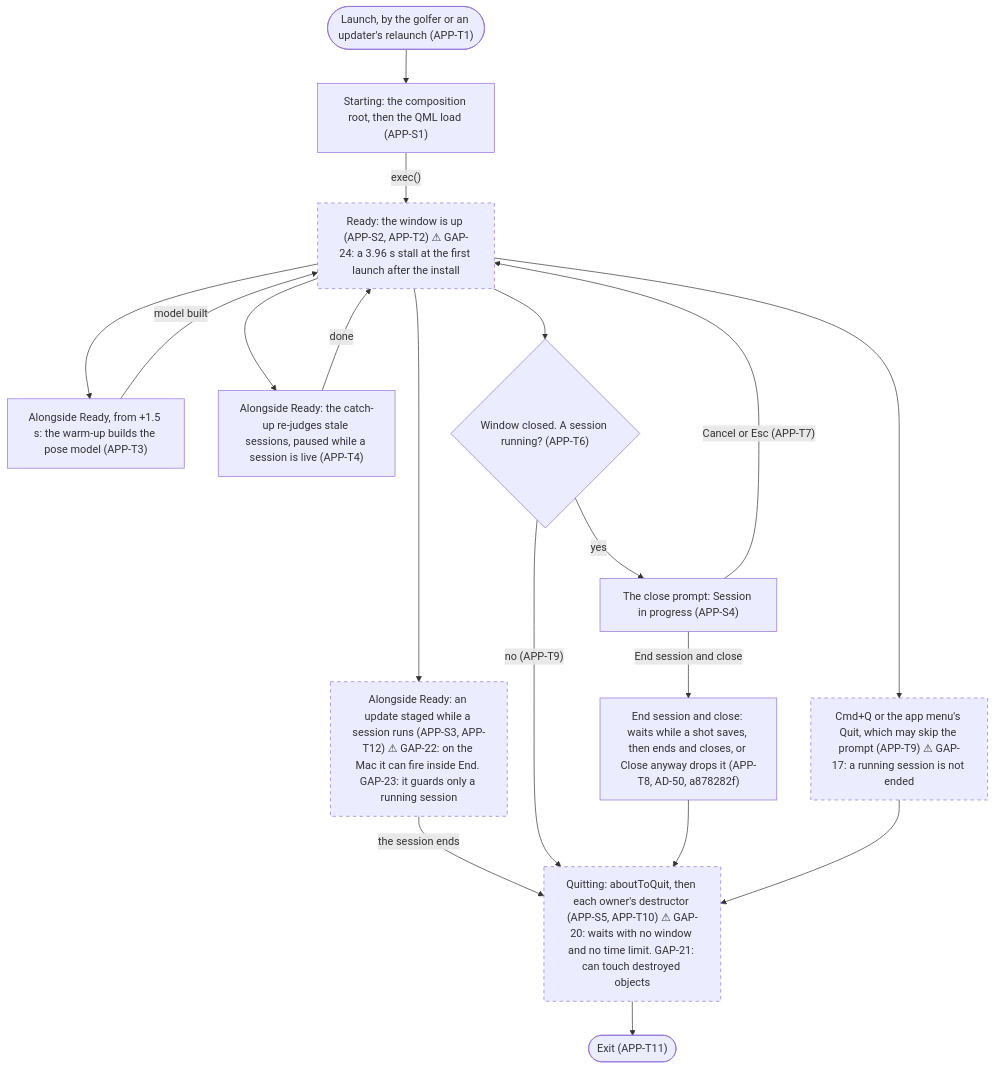
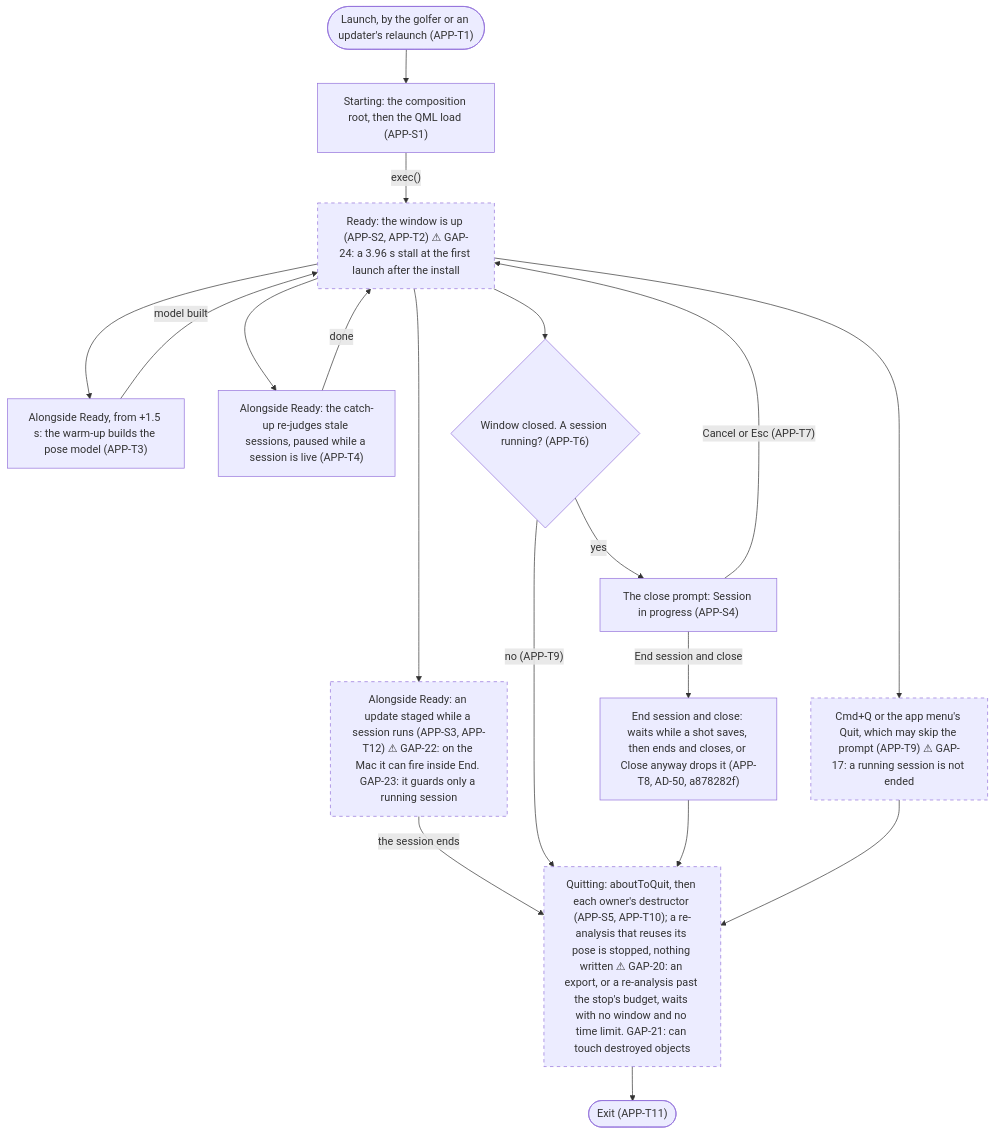
The second of 8 diagrams in governance/artefacts/lifecycle_model.md (PinPoint-Golf/PinPointStudio), drawn with Mermaid before and after one commit. The commit also changed other lines of this file and 20 other files, not shown here.

````diff
--- a/governance/artefacts/lifecycle_model.md
+++ b/governance/artefacts/lifecycle_model.md
@@ -106,33 +106,33 @@
 ```mermaid
 flowchart TD
     classDef gap stroke-dasharray:5 5
     launch(["Launch, by the golfer or an updater's relaunch (APP-T1)"])
     starting["Starting: the composition root, then the QML load (APP-S1)"]
     ready["Ready: the window is up (APP-S2, APP-T2) ⚠ GAP-24: a 3.96 s stall at the first launch after the install"]:::gap
     warm["Alongside Ready, from +1.5 s: the warm-up builds the pose model (APP-T3)"]
     catchup["Alongside Ready: the catch-up re-judges stale sessions, paused while a session is live (APP-T4)"]
     staged["Alongside Ready: an update staged while a session runs (APP-S3, APP-T12) ⚠ GAP-22: on the Mac it can fire inside End. GAP-23: it guards only a running session"]:::gap
     closeq{"Window closed. A session running? (APP-T6)"}
     prompt["The close prompt: Session in progress (APP-S4)"]
     wait["End session and close: waits while a shot saves, then ends and closes, or Close anyway drops it (APP-T8, AD-50, a878282f)"]
     cmdq["Cmd+Q or the app menu's Quit, which may skip the prompt (APP-T9) ⚠ GAP-17: a running session is not ended"]:::gap
-    quitting["Quitting: aboutToQuit, then each owner's destructor (APP-S5, APP-T10) ⚠ GAP-20: waits with no window and no time limit. GAP-21: can touch destroyed objects"]:::gap
+    quitting["Quitting: aboutToQuit, then each owner's destructor (APP-S5, APP-T10); a re-analysis that reuses its pose is stopped, nothing written ⚠ GAP-20: an export, or a re-analysis past the stop's budget, waits with no window and no time limit. GAP-21: can touch destroyed objects"]:::gap
     exit(["Exit (APP-T11)"])
     launch --> starting
     starting -->|"exec()"| ready
     ready --> warm
     warm -->|"model built"| ready
     ready --> catchup
     catchup -->|"done"| ready
     ready --> staged
     staged -->|"the session ends"| quitting
     ready --> closeq
     closeq -->|"no (APP-T9)"| quitting
     closeq -->|"yes"| prompt
     prompt -->|"Cancel or Esc (APP-T7)"| ready
     prompt -->|"End session and close"| wait
     wait --> quitting
     ready --> cmdq
     cmdq --> quitting
     quitting --> exit
 ```
````
